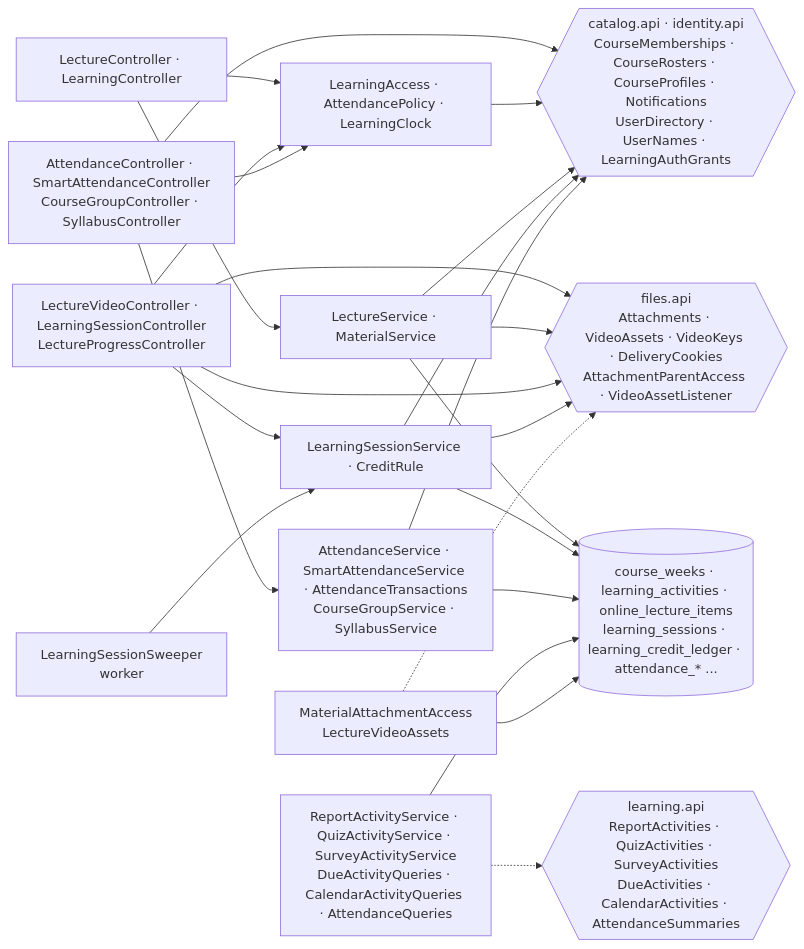
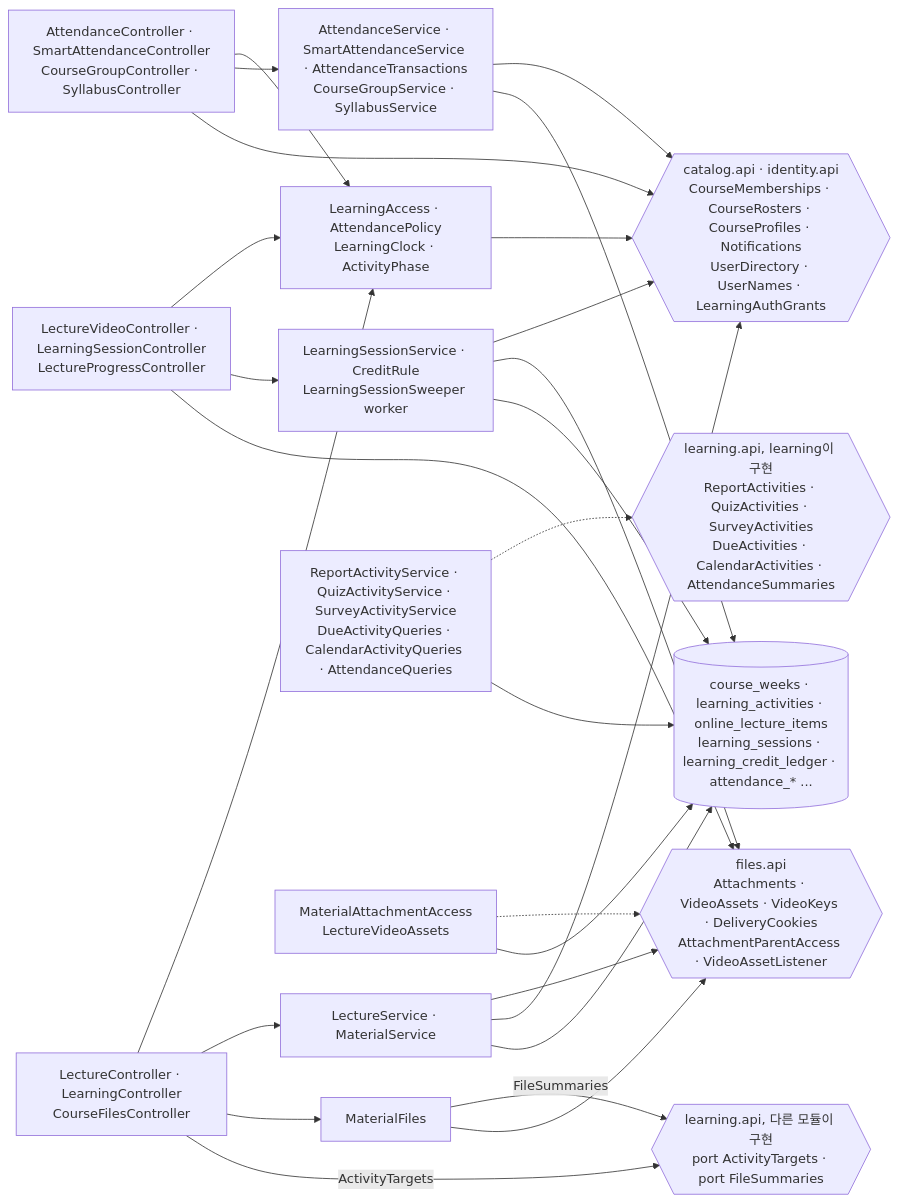
Before and after one commit to 2026ENDPoinT/team13: the eighth of 18 diagrams in backend/docs/c4.md, drawn with Mermaid. The commit also changed other lines of this file, not shown here.

````diff
--- a/backend/docs/c4.md
+++ b/backend/docs/c4.md
@@ -315,30 +315,32 @@
 ```mermaid
 flowchart LR
-  C1["LectureController · LearningController"]
+  C1["LectureController · LearningController<br/>CourseFilesController"]
   C2["LectureVideoController · LearningSessionController<br/>LectureProgressController"]
   C3["AttendanceController · SmartAttendanceController<br/>CourseGroupController · SyllabusController"]
-  ACC["LearningAccess · AttendancePolicy · LearningClock"]
+  ACC["LearningAccess · AttendancePolicy<br/>LearningClock · ActivityPhase"]
+  MF["MaterialFiles"]
   S1["LectureService · MaterialService"]
-  S2["LearningSessionService · CreditRule"]
+  S2["LearningSessionService · CreditRule<br/>LearningSessionSweeper worker"]
   S3["AttendanceService · SmartAttendanceService · AttendanceTransactions<br/>CourseGroupService · SyllabusService"]
-  SW["LearningSessionSweeper<br/>worker"]
   IMPL["ReportActivityService · QuizActivityService · SurveyActivityService<br/>DueActivityQueries · CalendarActivityQueries · AttendanceQueries"]
   PIMPL["MaterialAttachmentAccess<br/>LectureVideoAssets"]
-  API{{"learning.api<br/>ReportActivities · QuizActivities · SurveyActivities<br/>DueActivities · CalendarActivities · AttendanceSummaries"}}
+  API{{"learning.api, learning이 구현<br/>ReportActivities · QuizActivities · SurveyActivities<br/>DueActivities · CalendarActivities · AttendanceSummaries"}}
+  PORT{{"learning.api, 다른 모듈이 구현<br/>port ActivityTargets · port FileSummaries"}}
   FAPI{{"files.api<br/>Attachments · VideoAssets · VideoKeys · DeliveryCookies<br/>AttachmentParentAccess · VideoAssetListener"}}
   OAPI{{"catalog.api · identity.api<br/>CourseMemberships · CourseRosters · CourseProfiles · Notifications<br/>UserDirectory · UserNames · LearningAuthGrants"}}
   DB[("course_weeks · learning_activities · online_lecture_items<br/>learning_sessions · learning_credit_ledger · attendance_* ...")]
-  C1 --> ACC & S1
+  C1 --> ACC & S1 & MF
+  C1 -->|"ActivityTargets"| PORT
+  MF -->|"FileSummaries"| PORT
+  MF --> FAPI
   C2 --> ACC & S2
-  C2 --> FAPI
   C3 --> ACC & S3
   C3 --> OAPI
   ACC --> OAPI
   S1 & C2 --> FAPI
   S1 & S2 & S3 --> OAPI
   S2 --> FAPI
-  SW --> S2
   IMPL -.-> API
   PIMPL -.-> FAPI
   S1 & S2 & S3 & IMPL & PIMPL --> DB
 ```
````
